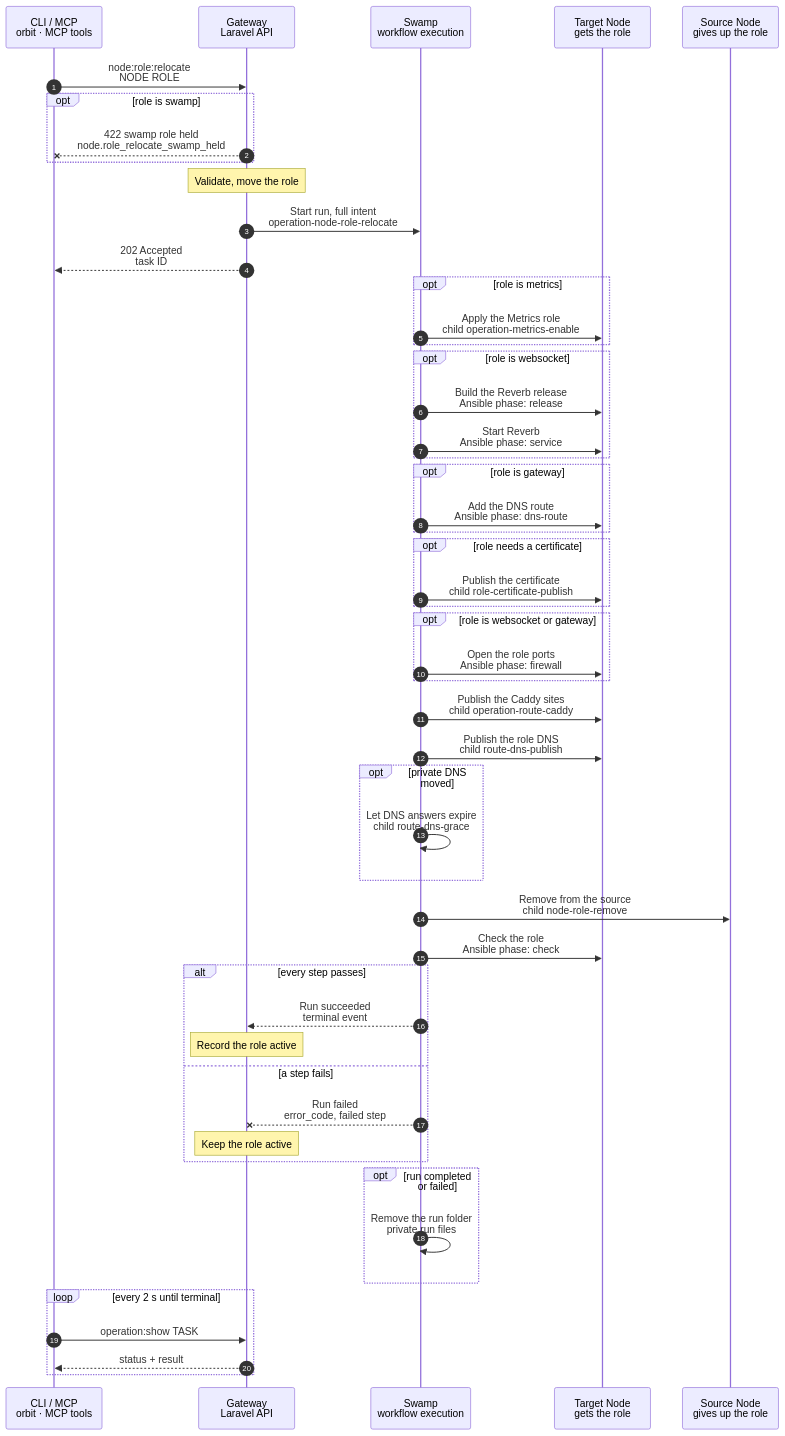
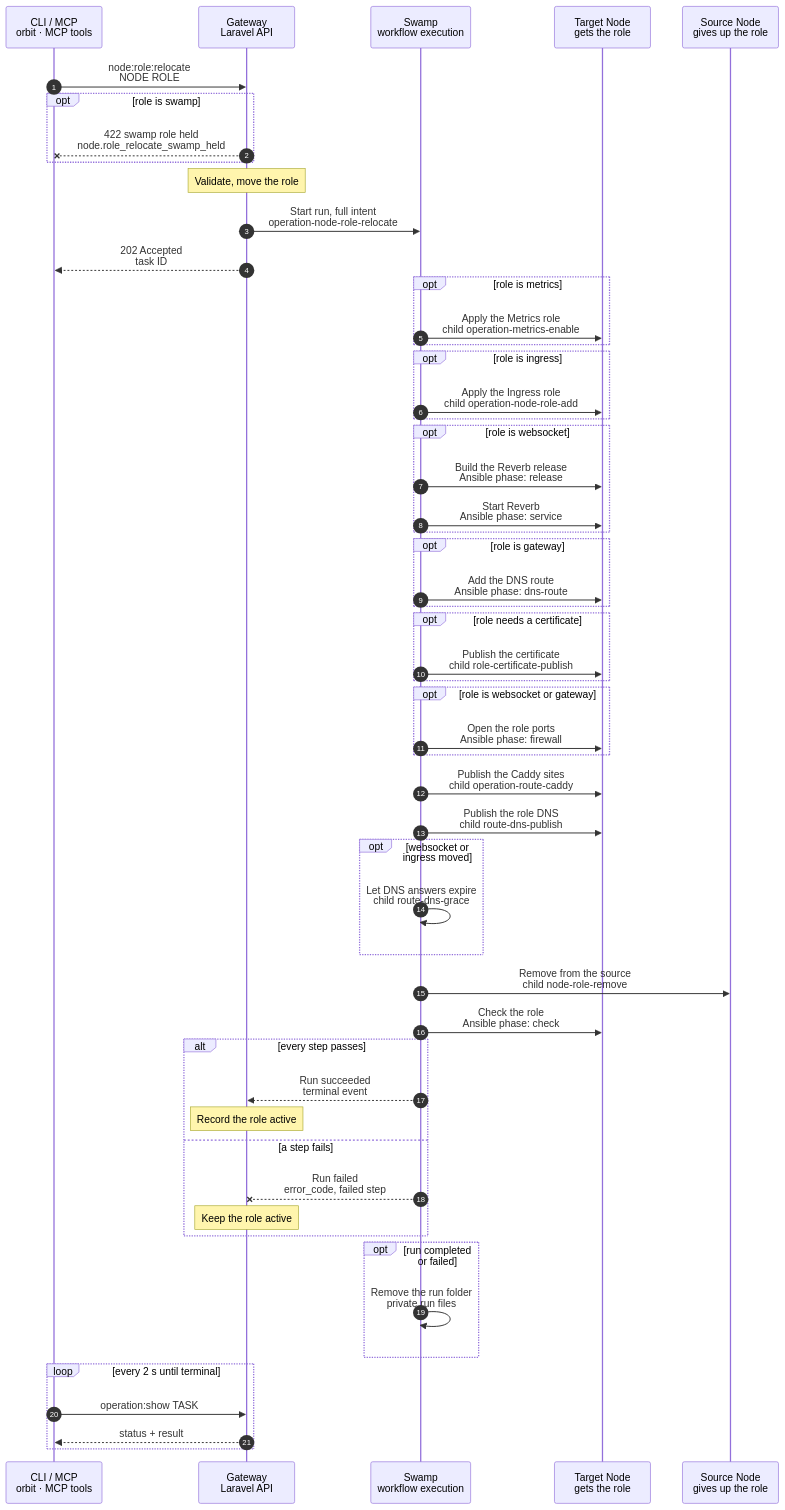
Before and after one commit to hardimpactdev/orbit: the diagram in docs/cli/node/role-relocate.mmd, drawn with Mermaid. The commit also changed 3 other files, not shown here.

Commit message:
Specify Ingress relocation through node:role:relocate

```diff
--- a/docs/cli/node/role-relocate.mmd
+++ b/docs/cli/node/role-relocate.mmd
@@ -1,118 +1,126 @@
 sequenceDiagram
   %% Target design: ADR 0243/0244 task, one Swamp run, Ansible phases for idempotent Node state (rule 22), swamp refused at admission. docs/reference/node-provisioning.md#native-role-relocation.
   %% status: reviewed
   %% command: node:role:relocate
   %% kind: node.role_relocate
   autonumber
   %% lane CLI icon=terminal pill=caller tone=gray
   %% lane GW icon=gateway pill=intent tone=blue
   %% lane SW icon=workflow pill=executes tone=green
   %% lane N icon=server pill=target tone=amber
   %% lane S icon=server pill=target tone=purple
   participant CLI as CLI / MCP<br/>orbit · MCP tools
   participant GW as Gateway<br/>Laravel API
   participant SW as Swamp<br/>workflow execution
   participant N as Target Node<br/>gets the role
   participant S as Source Node<br/>gives up the role
   CLI->>GW: node:role:relocate<br/>NODE ROLE
   %%> Command:
   %%> - `orbit node:role:relocate NODE ROLE`
   %%> - syntax: `<node> <role> [--from=NODE] [--force] [--json]`
   %%> Input:
-  %%> - the target Node and the role: `gateway`, `websocket` or `metrics`
-  %%> - `--from` names the source; without it, the current holder is the source
+  %%> - the target Node and the role: `gateway`, `websocket`, `metrics` or `ingress`
+  %%> - `--from` names the source; without it, the current holder is the source (for `ingress`, the Ingress of the target's Cluster)
   %%> Who can call it:
   %%> - the `orbit` CLI and the MCP tool send the same request
   opt role is swamp
     GW--xCLI: 422 swamp role held<br/>node.role_relocate_swamp_held
     %%> Why:
     %%> - serve on the Swamp Node runs every Swamp run, so a run cannot move it; nothing is recorded
   end
   Note over GW: Validate, move the role
   %%> Requirements:
   %%> - the calling Node has an access grant to the Gateway Node
-  %%> - the target is active, has recorded SSH management and holds no conflicting role (`node.role_conflict`)
+  %%> - the target is active, has recorded SSH management and holds no conflicting role (`node.role_conflict`); `ingress` never goes to the Gateway Node
+  %%> - for `ingress`, the target is a member of the Cluster whose Ingress moves; the move never changes membership
   %%> - the role is relocatable, assigned and `active` (or `failed` or `provisioning` in a retry), and `--from` owns the move
   %%> - consent: `--force`, or the CLI prompt, asked only after these checks pass
   %%> - one add, converge, remove or relocate Operation per target Node (`operation.target_busy`)
   %%> Builds:
   %%> - for `websocket`, the Reverb `APP_KEY` copied only when the target lacks one; for `metrics`, the role credentials the target lacks, without overwriting any; for `gateway`, the access grants to the `vpn` and `metrics` Nodes
   %%> Result:
   %%> - the assignment moves to the target and stays `active`, so the role is never out of service
   %%> - a task is recorded with the full intent
   GW->>SW: Start run, full intent<br/>operation-node-role-relocate
   GW-->>CLI: 202 Accepted<br/>task ID
   %%> What you get:
   %%> - the task ID, at once
   %%> Next:
   %%> - the CLI follows the task with `operation:show`
   opt role is metrics
     SW->>N: Apply the Metrics role<br/>child operation-metrics-enable
+  end
+  opt role is ingress
+    SW->>N: Apply the Ingress role<br/>child operation-node-role-add
+    %%> What it does:
+    %%> - the `node:role:add --converge` intent without the Metrics fleet: Caddy and the Orbit root, the target's Caddyfile with every public site (Let's Encrypt, `tls force_automate`), the Ingress rules while a public Route is live, and private DNS for the WireGuard and LAN views
+    %%> - public Routes stay public; the source keeps serving until its removal
   end
   opt role is websocket
     SW->>N: Build the Reverb release<br/>Ansible phase: release
     %%> What it does:
     %%> - clones and checks out the Reverb ref as the Node's user, installs its packages, writes its private `.env` and unit, and switches the release link
     %%> - the target needs Git, PHP and Composer
     SW->>N: Start Reverb<br/>Ansible phase: service
     %%> What it does:
     %%> - enables and restarts the unit, then checks that Reverb answers on its port
   end
   opt role is gateway
     SW->>N: Add the DNS route<br/>Ansible phase: dns-route
     %%> Best effort:
     %%> - a failed route on the target reports `follow_up` and does not stop the move
   end
   opt role needs a certificate
     SW->>N: Publish the certificate<br/>child role-certificate-publish
   end
   opt role is websocket or gateway
     SW->>N: Open the role ports<br/>Ansible phase: firewall
     %%> What it does:
     %%> - opens the role's ports on the target and closes the retired ones
   end
   SW->>N: Publish the Caddy sites<br/>child operation-route-caddy
   %%> Order:
   %%> - the target serves before anything leaves the source; the source's sites are not published again
   SW->>N: Publish the role DNS<br/>child route-dns-publish
-  opt private DNS moved
+  opt websocket or ingress moved
     SW->>SW: Let DNS answers expire<br/>child route-dns-grace
     %%> Why:
     %%> - clients that still hold the old answer keep working until it expires
   end
   SW->>S: Remove from the source<br/>child node-role-remove
   %%> What it does:
   %%> - removes the role's runtime and publications from the source and forgets its settings there; for `gateway` it does not stop Caddy or PHP-FPM, so clients on the old address keep working
   %%> - for `metrics` it keeps the fleet exporters and the `metrics.orbit` name and certificate, which the moved role uses
+  %%> - for `ingress` it rebuilds the source's Caddyfile without the public sites and closes `orbit:ingress-http` and `orbit:ingress-https`; public DNS is the operator's, pointed at the target before the move
   SW->>N: Check the role<br/>Ansible phase: check
   %%> What it does:
   %%> - the one end check: Reverb answers, the ports, sites and DNS are in place on the target
   alt every step passes
     SW-->>GW: Run succeeded<br/>terminal event
     %%> How the Gateway learns it:
     %%> - its shared run reader sees the terminal event; Swamp never calls the Gateway
     Note over GW: Record the role active
     %%> Result:
     %%> - the role is `active` on the target, and the task succeeds
     %%> Next:
-    %%> - relocation does not reconcile Metrics; `follow_up` names the `node:role:add METRICS-NODE metrics --converge` command when a Metrics role exists and `websocket` or `gateway` moved
+    %%> - relocation does not reconcile Metrics; `follow_up` names the `node:role:add METRICS-NODE metrics --converge` command when a Metrics role exists and `websocket`, `gateway` or `ingress` moved
   else a step fails
     SW--xGW: Run failed<br/>error_code, failed step
     Note over GW: Keep the role active
     %%> Result:
     %%> - the role already belongs to the target and stays `active`; a demoted `gateway` role would lock the Gateway out of its own access checks
     %%> - the task fails with the step's own code, and the failed step stays on the Operation: `converge:STEP`, or `remove:Remove from the source` when the source removal failed
     %%> Who serves:
-    %%> - after a target step failure the source still serves, because DNS moves after the target steps; after a source removal failure the target serves
+    %%> - after a target step failure the source still serves, because DNS moves after the target steps and the source keeps its sites; after a source removal failure the target serves
     %%> On the Nodes:
     %%> - finished steps stay; there is no rollback
     %%> Retry:
     %%> - fix the cause and run the same command with `--from`; a cancelled or interrupted run leaves the claim `provisioning`, and the retry takes it over
   end
   opt run completed or failed
     SW->>SW: Remove the run folder<br/>private run files
   end
   loop every 2 s until terminal
     CLI->>GW: operation:show TASK
     GW-->>CLI: status + result
   end
```
